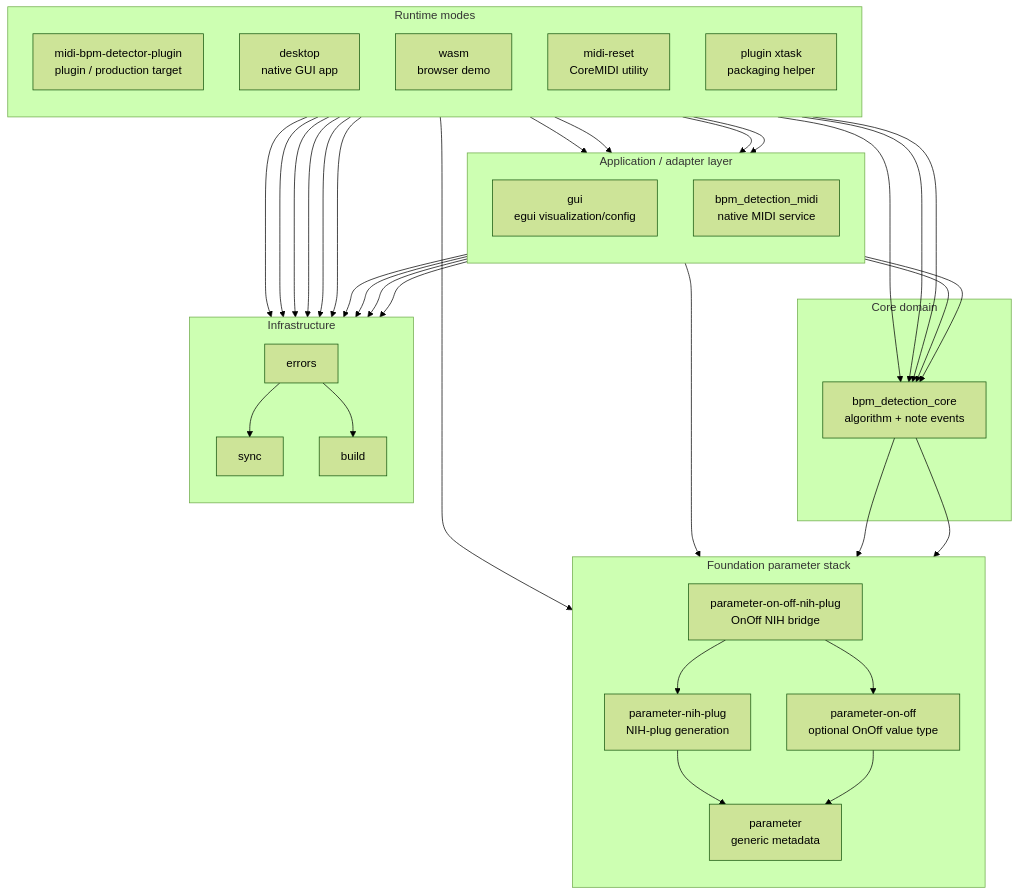
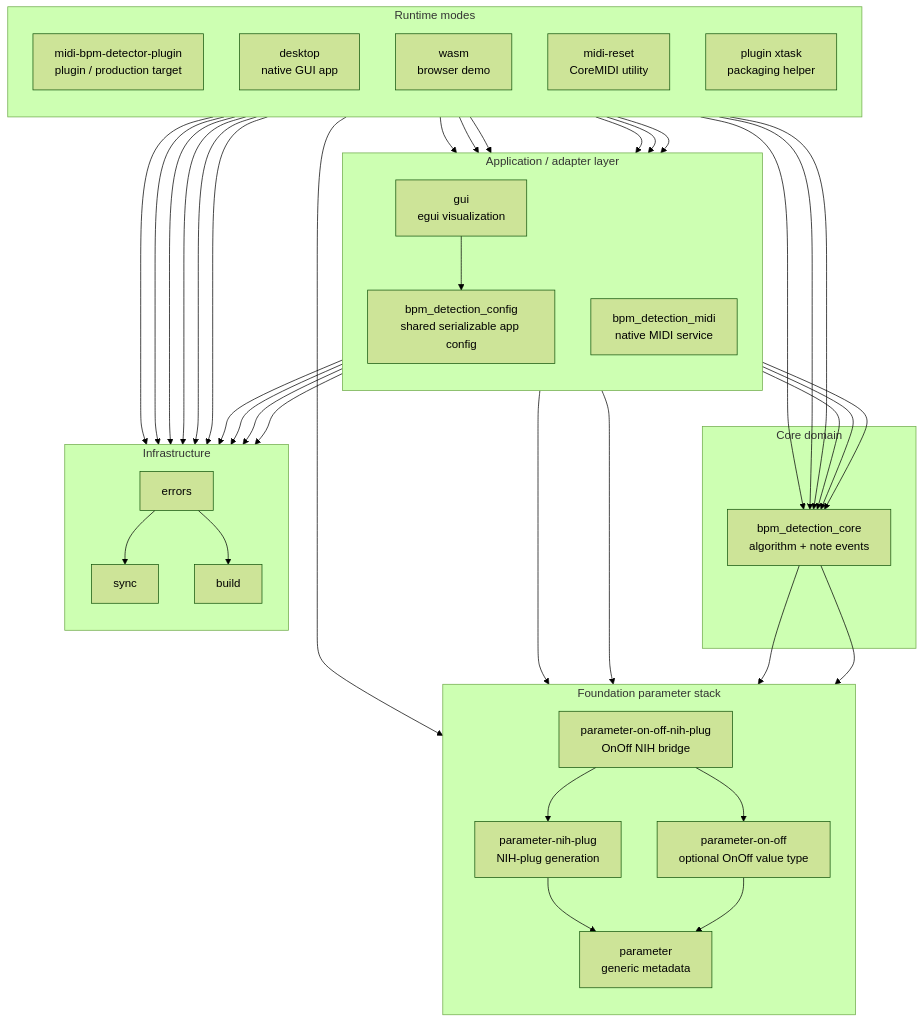
The diagram in rust/architecture.md (valsteen/midi_bpm_detection), drawn with Mermaid (forest theme) before and after one commit. The commit also changed other lines of this file and 30 other files, not shown here.

Commit message:
Extract shared BPM detection config crate

````diff
--- a/rust/architecture.md
+++ b/rust/architecture.md
@@ -24,66 +24,72 @@
 ```mermaid
 flowchart TD
   subgraph modes["Runtime modes"]
     direction TB
     plugin["midi-bpm-detector-plugin<br/>plugin / production target"]
     desktop["desktop<br/>native GUI app"]
     wasm["wasm<br/>browser demo"]
     midi_reset["midi-reset<br/>CoreMIDI utility"]
     xtask["plugin xtask<br/>packaging helper"]
   end
 
   subgraph adapters["Application / adapter layer"]
     direction TB
-    gui["gui<br/>egui visualization/config"]
+    gui["gui<br/>egui visualization"]
+    config["bpm_detection_config<br/>shared serializable app config"]
     midi["bpm_detection_midi<br/>native MIDI service"]
   end
 
   subgraph domain["Core domain"]
     core["bpm_detection_core<br/>algorithm + note events"]
   end
 
   subgraph foundation["Foundation parameter stack"]
     direction TB
     parameter_on_off_nih["parameter-on-off-nih-plug<br/>OnOff NIH bridge"]
     parameter_nih["parameter-nih-plug<br/>NIH-plug generation"]
     parameter_on_off["parameter-on-off<br/>optional OnOff value type"]
     parameter["parameter<br/>generic metadata"]
   end
 
   subgraph infra["Infrastructure"]
     direction TB
     errors["errors"]
     sync["sync"]
     build["build"]
   end
 
   plugin --> gui
   plugin --> core
   plugin --> parameter_on_off_nih
   plugin --> errors
   plugin --> sync
   desktop --> gui
+  desktop --> config
   desktop --> midi
   desktop --> core
   desktop --> errors
   desktop --> sync
   desktop --> build
   wasm --> gui
+  wasm --> config
   wasm --> core
   wasm --> errors
   gui --> core
+  gui --> config
   gui --> parameter_on_off
   gui --> errors
+  config --> core
+  config --> parameter
   midi --> core
   midi --> errors
   midi --> sync
   midi --> build
   core --> parameter_on_off
   core --> parameter
   parameter_on_off_nih --> parameter_on_off
   parameter_on_off_nih --> parameter_nih
   parameter_nih --> parameter
   parameter_on_off --> parameter
   errors --> sync
   errors --> build
 ```
````
